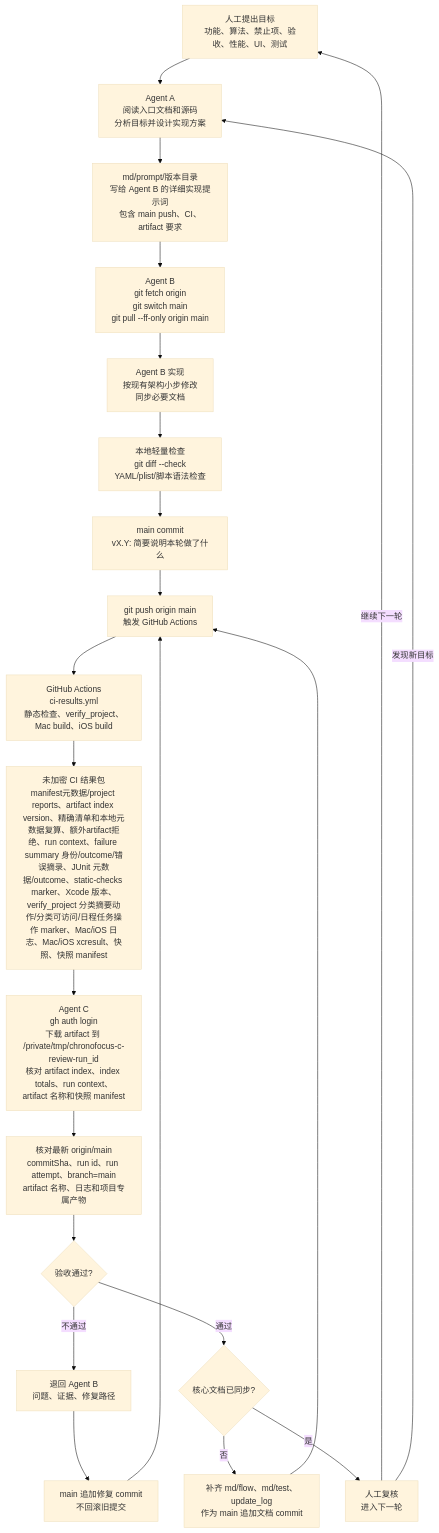
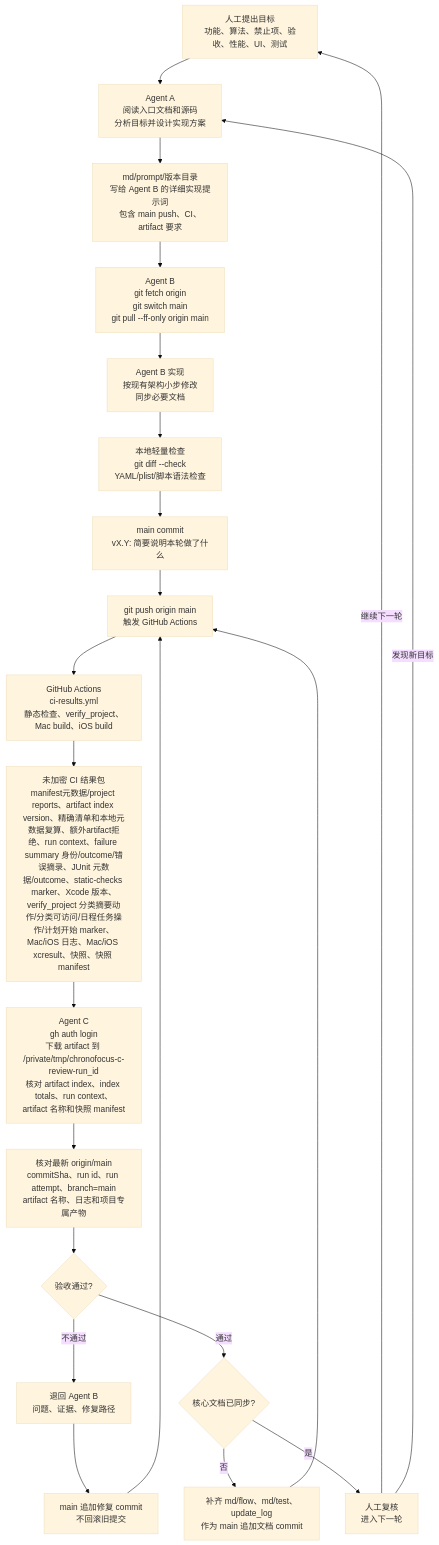
Before and after one commit to Altman-sam114/114: the fifth of 6 diagrams in md/flow/flowchart.md, drawn with Mermaid (base theme). The commit also changed other lines of this file and 9 other files, not shown here.

````diff
--- a/md/flow/flowchart.md
+++ b/md/flow/flowchart.md
@@ -102,24 +102,24 @@
 ```mermaid
 flowchart TD
   H["人工提出目标<br/>功能、算法、禁止项、验收、性能、UI、测试"] --> A["Agent A<br/>阅读入口文档和源码<br/>分析目标并设计实现方案"]
   A --> P["md/prompt/版本目录<br/>写给 Agent B 的详细实现提示词<br/>包含 main push、CI、artifact 要求"]
   P --> B0["Agent B<br/>git fetch origin<br/>git switch main<br/>git pull --ff-only origin main"]
   B0 --> B1["Agent B 实现<br/>按现有架构小步修改<br/>同步必要文档"]
   B1 --> L["本地轻量检查<br/>git diff --check<br/>YAML/plist/脚本语法检查"]
   L --> G["main commit<br/>vX.Y: 简要说明本轮做了什么"]
   G --> PUSH["git push origin main<br/>触发 GitHub Actions"]
   PUSH --> CI["GitHub Actions<br/>ci-results.yml<br/>静态检查、verify_project、Mac build、iOS build"]
-  CI --> ART["未加密 CI 结果包<br/>manifest元数据/project reports、artifact index version、精确清单和本地元数据复算、额外artifact拒绝、run context、failure summary 身份/outcome/错误摘录、JUnit 元数据/outcome、static-checks marker、Xcode 版本、verify_project 分类摘要动作/分类可访问/日程任务操作 marker、Mac/iOS 日志、Mac/iOS xcresult、快照、快照 manifest"]
+  CI --> ART["未加密 CI 结果包<br/>manifest元数据/project reports、artifact index version、精确清单和本地元数据复算、额外artifact拒绝、run context、failure summary 身份/outcome/错误摘录、JUnit 元数据/outcome、static-checks marker、Xcode 版本、verify_project 分类摘要动作/分类可访问/日程任务操作/计划开始 marker、Mac/iOS 日志、Mac/iOS xcresult、快照、快照 manifest"]
   ART --> C["Agent C<br/>gh auth login<br/>下载 artifact 到 /private/tmp/chronofocus-c-review-run_id<br/>核对 artifact index、index totals、run context、artifact 名称和快照 manifest"]
   C --> V["核对最新 origin/main<br/>commitSha、run id、run attempt、branch=main<br/>artifact 名称、日志和项目专属产物"]
   V --> PASS{"验收通过?"}
   PASS -->|不通过| BACK["退回 Agent B<br/>问题、证据、修复路径"]
   BACK --> FIX["main 追加修复 commit<br/>不回滚旧提交"]
   FIX --> PUSH
   PASS -->|通过| DOC{"核心文档已同步?"}
   DOC -->|否| D["补齐 md/flow、md/test、update_log<br/>作为 main 追加文档 commit"]
   D --> PUSH
   DOC -->|是| J["人工复核<br/>进入下一轮"]
   J -->|继续下一轮| H
   J -->|发现新目标| A
 ```
````
